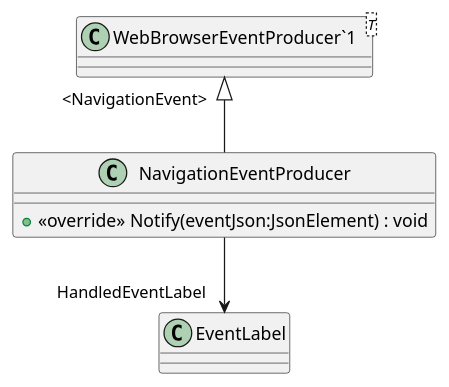
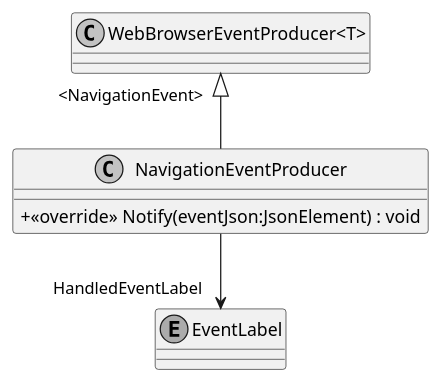
The diagram in application/plantuml/Modules/WebBrowser/Producers/NavigationEventProducer.puml (insightmind/MORR), drawn with PlantUML before and after one commit. The commit also changed 14 other files, not shown here.

```diff
--- a/application/plantuml/Modules/WebBrowser/Producers/NavigationEventProducer.puml
+++ b/application/plantuml/Modules/WebBrowser/Producers/NavigationEventProducer.puml
@@ -1,9 +1,12 @@
 @startuml
+skinparam monochrome true
+skinparam ClassAttributeIconSize 0
 class NavigationEventProducer {
     + <<override>> Notify(eventJson:JsonElement) : void
 }
-class "WebBrowserEventProducer`1"<T> {
+class "WebBrowserEventProducer<T>" {
 }
-"WebBrowserEventProducer`1" "<NavigationEvent>" <|-- NavigationEventProducer
+enum "EventLabel"
+"WebBrowserEventProducer<T>" "<NavigationEvent>" <|-- NavigationEventProducer
 NavigationEventProducer --> "HandledEventLabel" EventLabel
 @enduml
```
